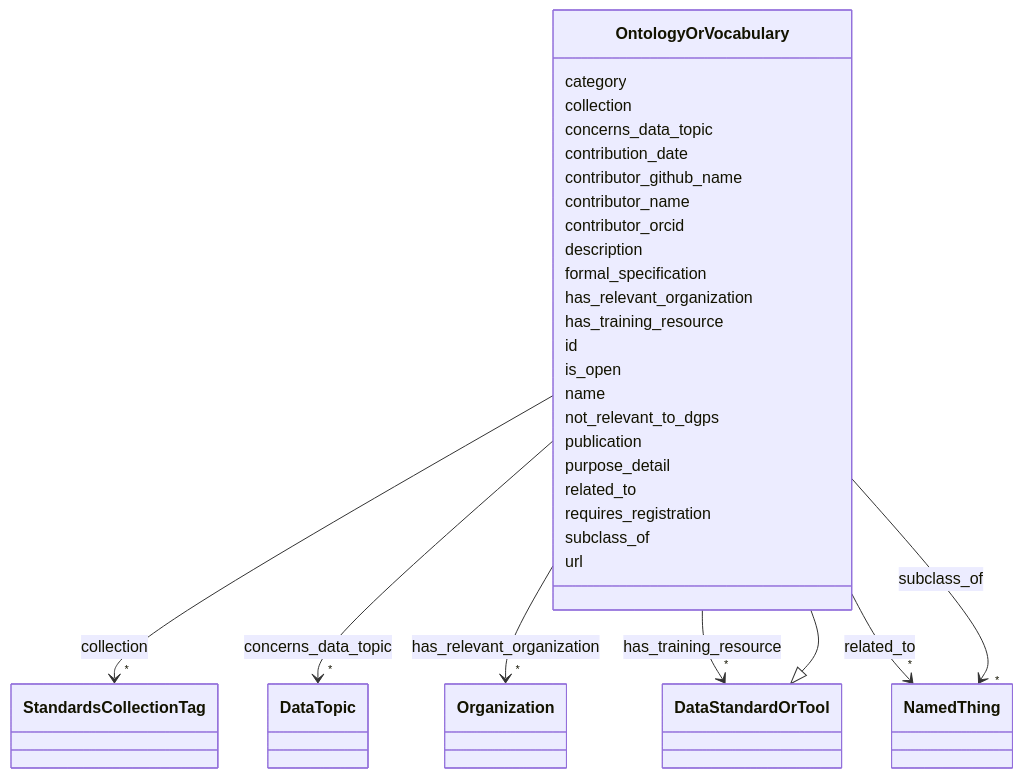
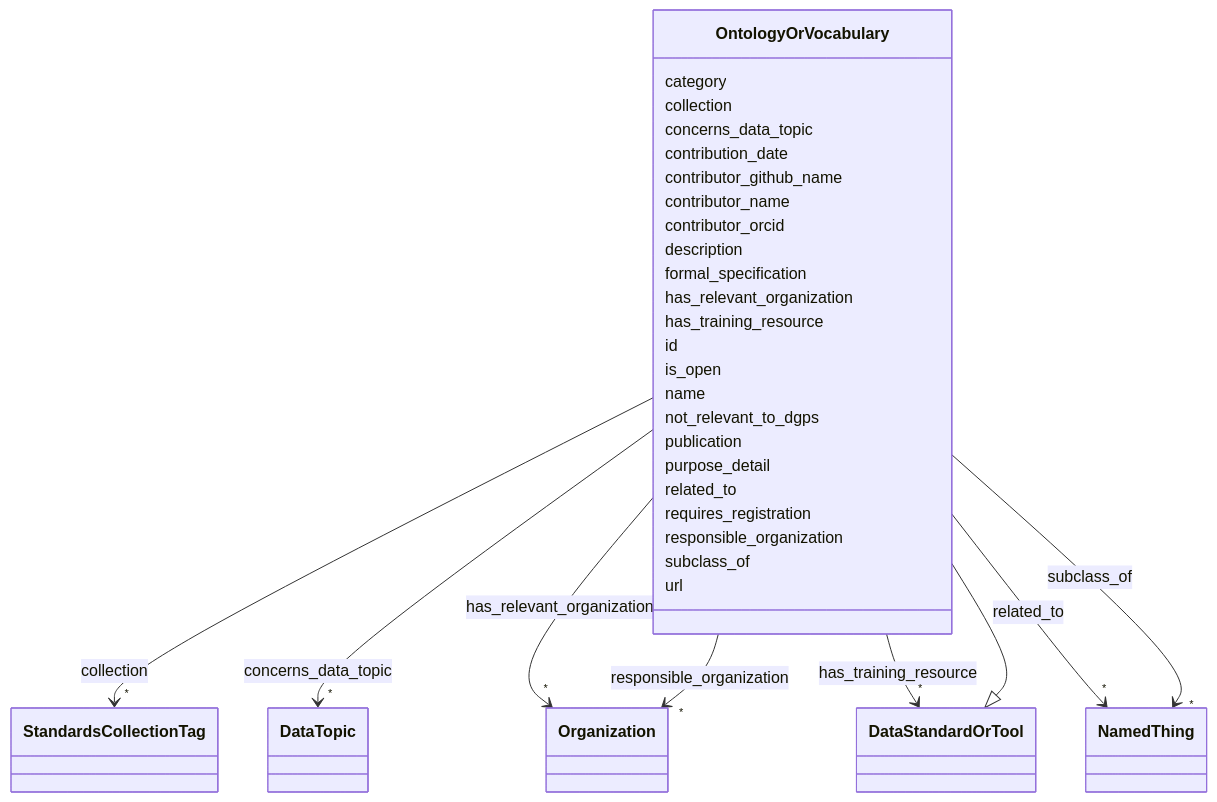
The diagram in docs/OntologyOrVocabulary.md (bridge2ai/standards-schemas), drawn with Mermaid before and after one commit. The commit also changed other lines of this file and 37 other files, not shown here.

```diff
--- a/docs/OntologyOrVocabulary.md
+++ b/docs/OntologyOrVocabulary.md
@@ -96,6 +96,15 @@
         
       OntologyOrVocabulary : requires_registration
         
+      OntologyOrVocabulary : responsible_organization
+        
+          
+    
+    
+    OntologyOrVocabulary --> "*" Organization : responsible_organization
+    click Organization href "../Organization"
+
+        
       OntologyOrVocabulary : subclass_of
         
           
```
